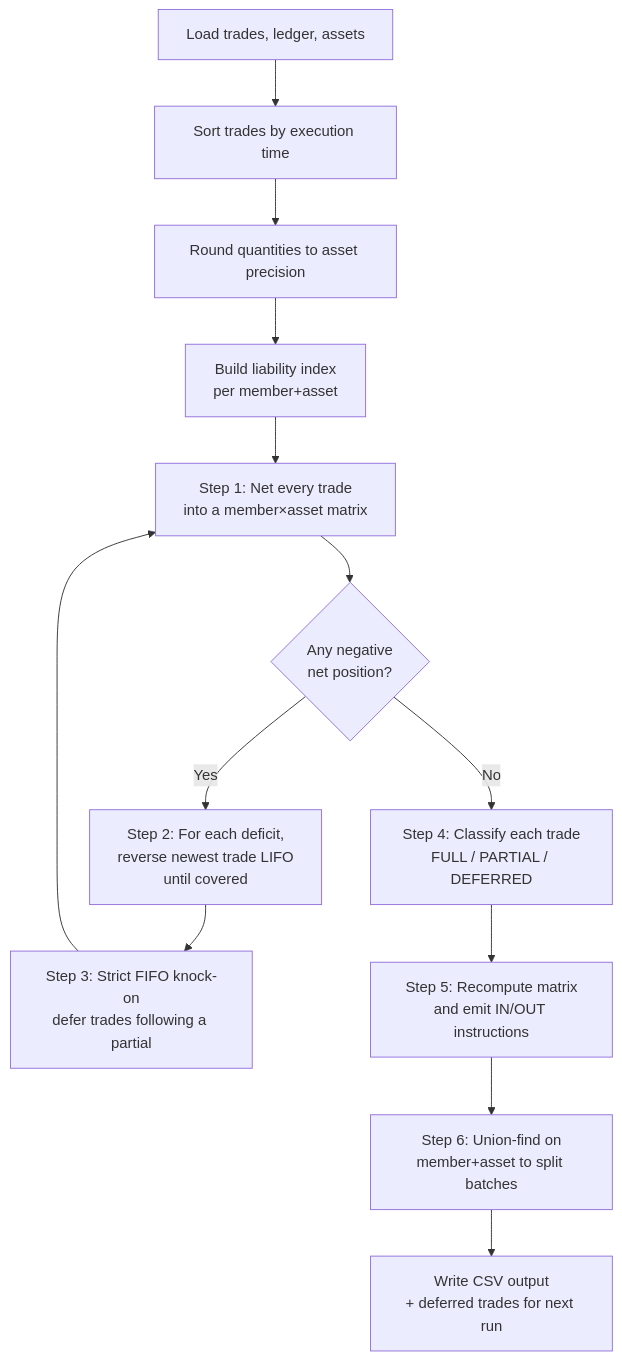
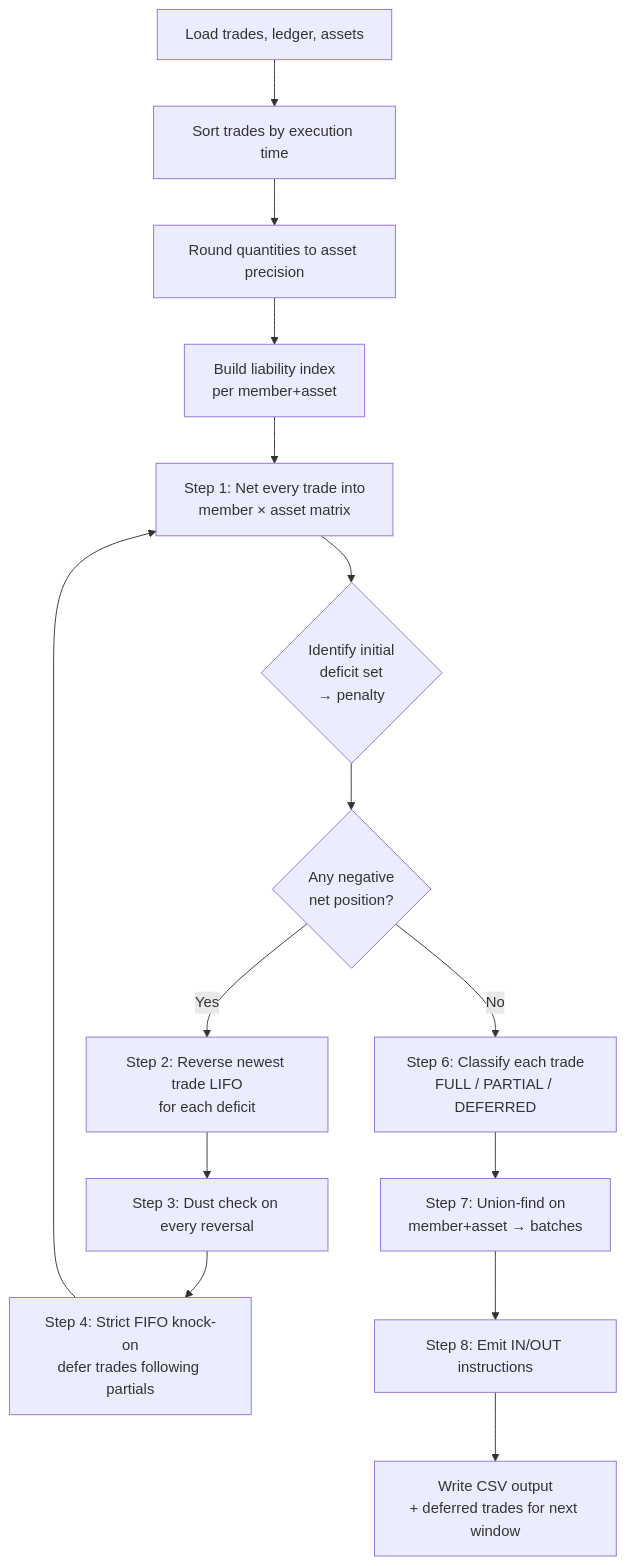
One commit to induwarabas/net-settlement changed the first of 9 diagrams in confluence.md. Above: the diagram before and after it, drawn with Mermaid. The commit also changed other lines of this file, not shown here.

Commit message:
Update `confluence.md` to provide a detailed, long-form reference for the multilateral settlement engine. Rewrite introduction, expand step-by-step documentation, revise table of contents, and add penalty logic and dust threshold rules.

````diff
--- a/confluence.md
+++ b/confluence.md
@@ -60,15 +121,17 @@
 ```mermaid
 flowchart TD
     A[Load trades, ledger, assets] --> B[Sort trades by execution time]
     B --> C[Round quantities to asset precision]
     C --> D[Build liability index<br/>per member+asset]
-    D --> E[Step 1: Net every trade<br/>into a member×asset matrix]
-    E --> F{Any negative<br/>net position?}
-    F -- Yes --> G[Step 2: For each deficit,<br/>reverse newest trade LIFO<br/>until covered]
-    G --> H[Step 3: Strict FIFO knock-on<br/>defer trades following a partial]
-    H --> E
-    F -- No --> I[Step 4: Classify each trade<br/>FULL / PARTIAL / DEFERRED]
-    I --> J[Step 5: Recompute matrix<br/>and emit IN/OUT instructions]
-    J --> K[Step 6: Union-find on<br/>member+asset to split batches]
-    K --> L[Write CSV output<br/>+ deferred trades for next run]
+    D --> E[Step 1: Net every trade into<br/>member × asset matrix]
+    E --> P{Identify initial<br/>deficit set<br/>→ penalty}
+    P --> F{Any negative<br/>net position?}
+    F -- Yes --> G[Step 2: Reverse newest trade LIFO<br/>for each deficit]
+    G --> H[Step 3: Dust check on every reversal]
+    H --> I[Step 4: Strict FIFO knock-on<br/>defer trades following partials]
+    I --> E
+    F -- No --> J[Step 6: Classify each trade<br/>FULL / PARTIAL / DEFERRED]
+    J --> K[Step 7: Union-find on<br/>member+asset → batches]
+    K --> L[Step 8: Emit IN/OUT instructions]
+    L --> M[Write CSV output<br/>+ deferred trades for next window]
 ```
````
